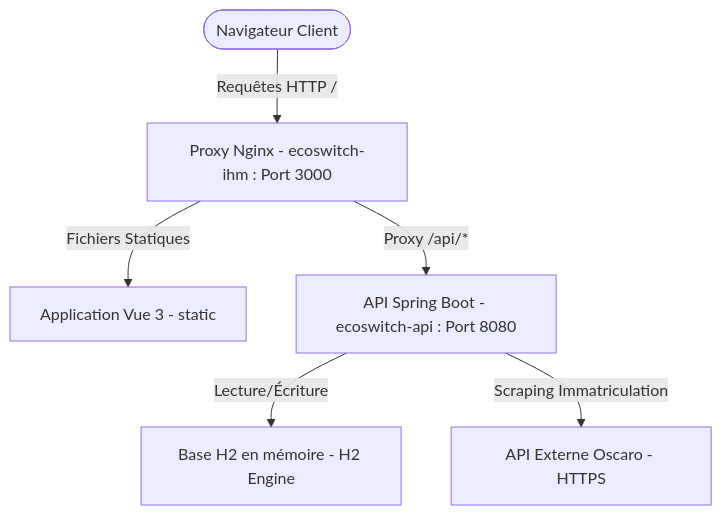
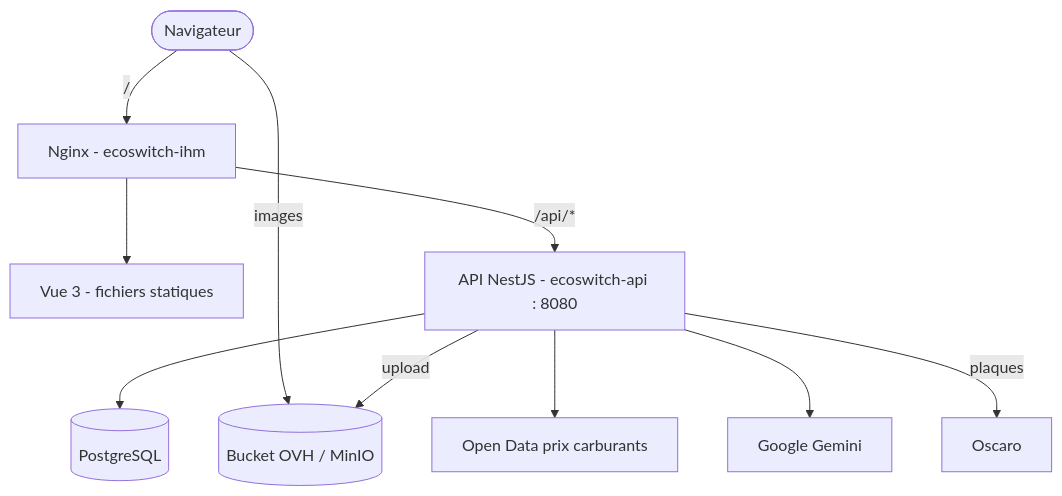
Before and after one commit to will971/ecoswitch: the diagram in docs/TECHNICAL.md, drawn with Mermaid. The commit also changed other lines of this file and 5 other files, not shown here.

````diff
--- a/docs/TECHNICAL.md
+++ b/docs/TECHNICAL.md
@@ -11,15 +5,22 @@
 ```mermaid
 graph TD
-    User([Navigateur Client])
-    Nginx[Proxy Nginx - ecoswitch-ihm : Port 3000]
-    VueApp[Application Vue 3 - static]
-    SpringBoot[API Spring Boot - ecoswitch-api : Port 8080]
-    H2[Base H2 en mémoire - H2 Engine]
-    Oscaro[API Externe Oscaro - HTTPS]
+    User([Navigateur])
+    Nginx[Nginx - ecoswitch-ihm]
+    Vue[Vue 3 - fichiers statiques]
+    API[API NestJS - ecoswitch-api : 8080]
+    PG[(PostgreSQL)]
+    S3[(Bucket OVH / MinIO)]
+    OD[Open Data prix carburants]
+    GM[Google Gemini]
+    OS[Oscaro]
 
-    User -->|Requêtes HTTP /| Nginx
-    Nginx -->|Fichiers Statiques| VueApp
-    Nginx -->|Proxy /api/*| SpringBoot
-    SpringBoot -->|Lecture/Écriture| H2
-    SpringBoot -->|Scraping Immatriculation| Oscaro
+    User -->|/| Nginx
+    Nginx --> Vue
+    Nginx -->|/api/*| API
+    User -->|images| S3
+    API --> PG
+    API -->|upload| S3
+    API --> OD
+    API --> GM
+    API -->|plaques| OS
 ```
````
